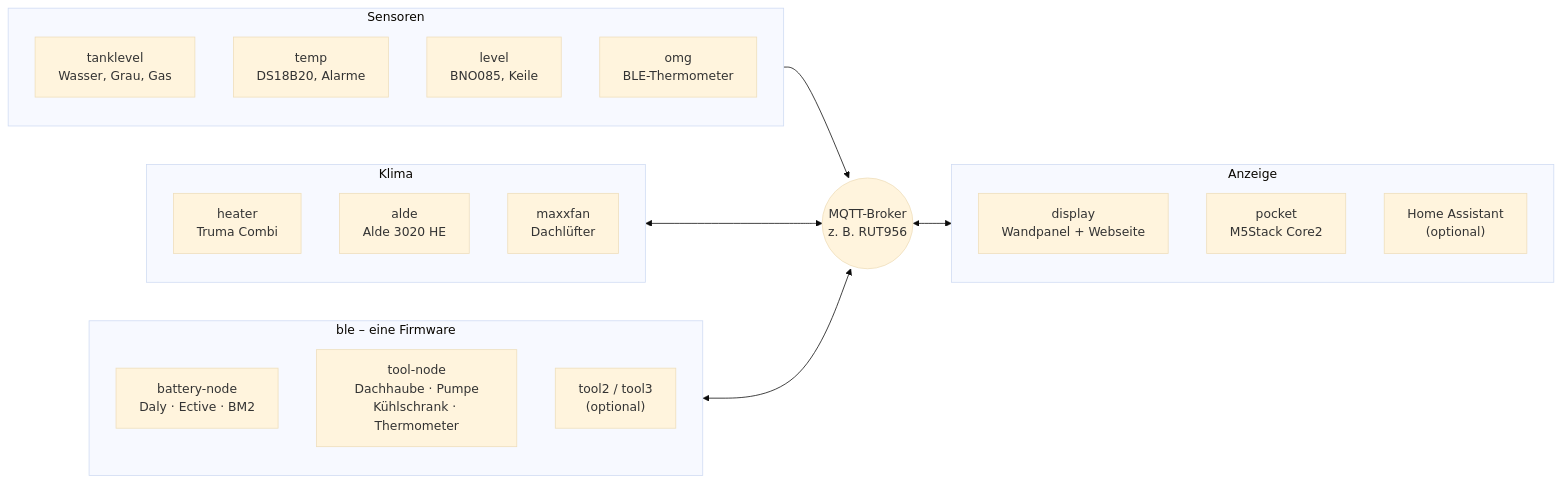
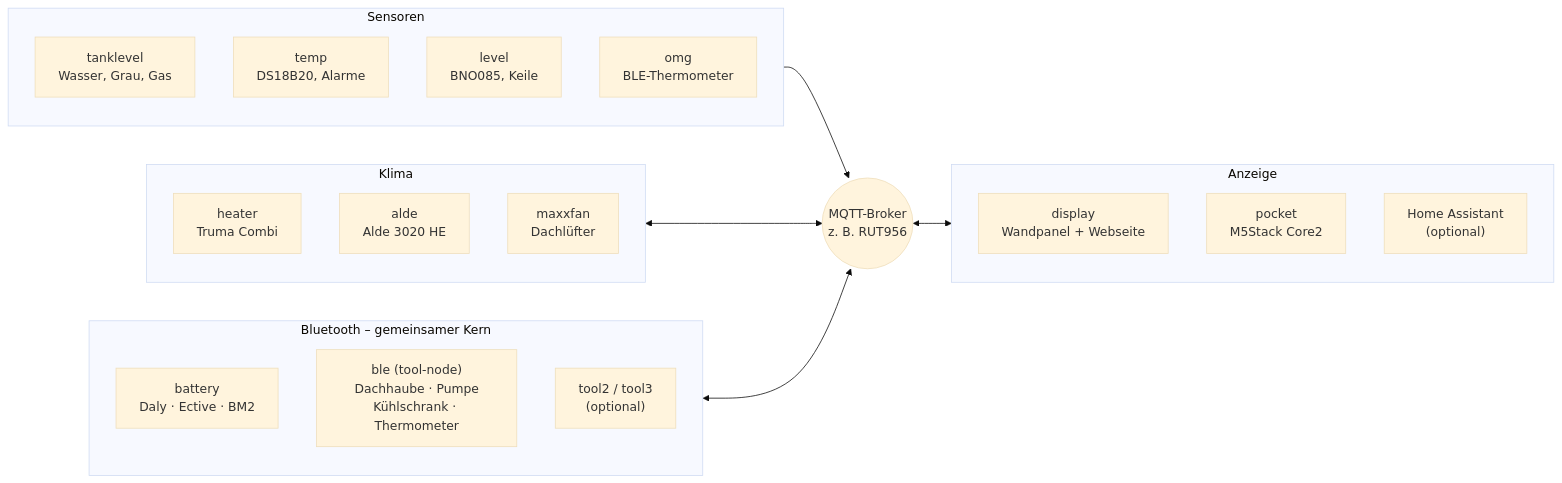
One commit to hflocki/vannode changed the diagram in README.md. Above: the diagram before and after it, drawn with Mermaid (base theme). The commit also changed other lines of this file and 115 other files, not shown here.

Commit message:
battery: own firmware for the battery-node (AtomS3); ble: battery plugins moved out, shared core in firmware/_common/ble

````diff
--- a/README.md
+++ b/README.md
@@ -27,33 +27,33 @@
 ```mermaid
 flowchart LR
   subgraph sens["Sensoren"]
     direction TB
     tank["tanklevel<br/>Wasser, Grau, Gas"]
     temp["temp<br/>DS18B20, Alarme"]
     level["level<br/>BNO085, Keile"]
     omg["omg<br/>BLE-Thermometer"]
   end
   subgraph clim["Klima"]
     direction TB
     heater["heater<br/>Truma Combi"]
     alde["alde<br/>Alde 3020 HE"]
     fan["maxxfan<br/>Dachlüfter"]
   end
-  subgraph ble["ble – eine Firmware"]
+  subgraph ble["Bluetooth – gemeinsamer Kern"]
     direction TB
-    bat["battery-node<br/>Daly · Ective · BM2"]
-    tool["tool-node<br/>Dachhaube · Pumpe<br/>Kühlschrank · Thermometer"]
+    bat["battery<br/>Daly · Ective · BM2"]
+    tool["ble (tool-node)<br/>Dachhaube · Pumpe<br/>Kühlschrank · Thermometer"]
     more["tool2 / tool3<br/>(optional)"]
   end
   broker(("MQTT-Broker<br/>z. B. RUT956"))
   subgraph ui["Anzeige"]
     direction TB
     display["display<br/>Wandpanel + Webseite"]
     rb["pocket<br/>M5Stack Core2"]
     ha["Home Assistant<br/>(optional)"]
   end
   sens --> broker
   clim <--> broker
   ble <--> broker
   broker <--> ui
 ```
````
